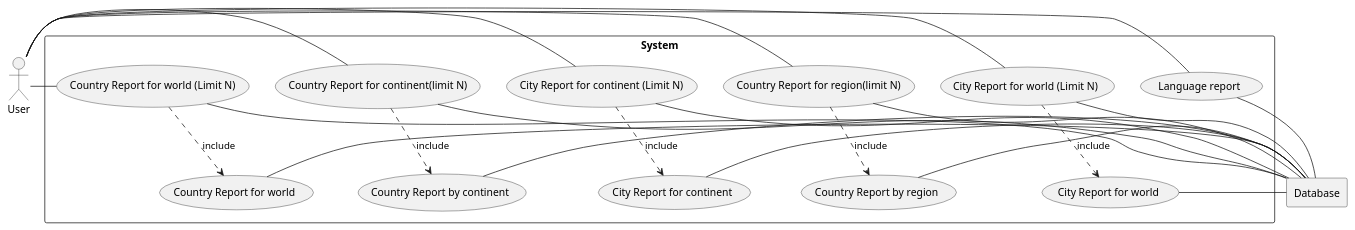
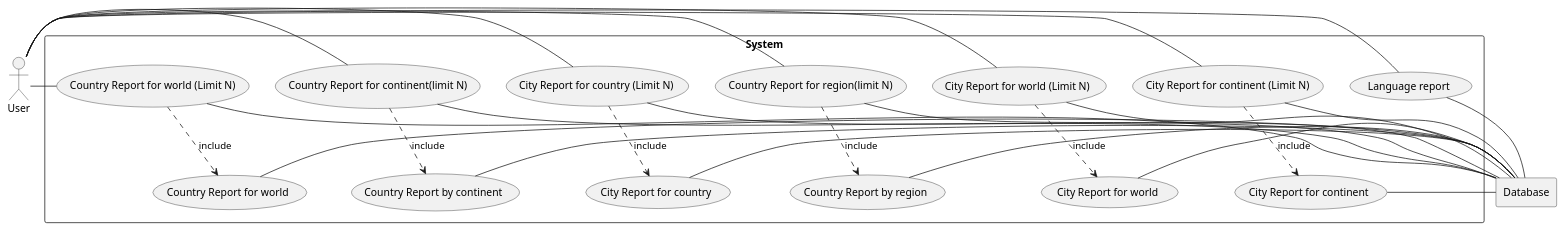
Before and after one commit to Drakon4ik-Coder/SET08103_GP: the diagram in use-cases/diagram-1.puml, drawn with PlantUML. The commit also changed 2 other files, not shown here.

Commit message:
Added use case for City Report for country

```diff
--- a/use-cases/diagram-1.puml
+++ b/use-cases/diagram-1.puml
@@ -1,46 +1,52 @@
 @startuml
 
 actor U as "User"
 
 rectangle Database
 
 rectangle "System" {
     usecase UC1 as "Country Report for world"
     usecase UC2 as "Country Report for world (Limit N)"
     usecase UC3 as "Country Report by continent"
     usecase UC4 as "Country Report for continent(limit N)"
     usecase UC5 as "Country Report by region"
     usecase UC6 as "Country Report for region(limit N)"
     usecase UC7 as "Language report"
     usecase UC8 as "City Report for world"
     usecase UC9 as "City Report for world (Limit N)"
     usecase UC10 as "City Report for continent"
     usecase UC11 as "City Report for continent (Limit N)"
+    usecase UC12 as "City Report for country"
+    usecase UC13 as "City Report for country (Limit N)"
 
     U - UC2
     U - UC4
     U - UC6
     U - UC7
     U - UC9
     U - UC11
+    U - UC13
 
     UC2 ..> UC1 : include
     UC4 ..> UC3 : include
     UC6 ..> UC5 : include
     UC9 ..> UC8 : include
     UC11 ..> UC10 : include
+    UC13 ..> UC12 : include
 
     UC1 - Database
     UC2 - Database
     UC3 - Database
     UC4 - Database
     UC5 - Database
     UC6 - Database
     UC7 - Database
     UC8 - Database
     UC9 - Database
     UC10 - Database
     UC11 - Database
+    UC12 - Database
+    UC13 - Database
 }
 
 @enduml
```
